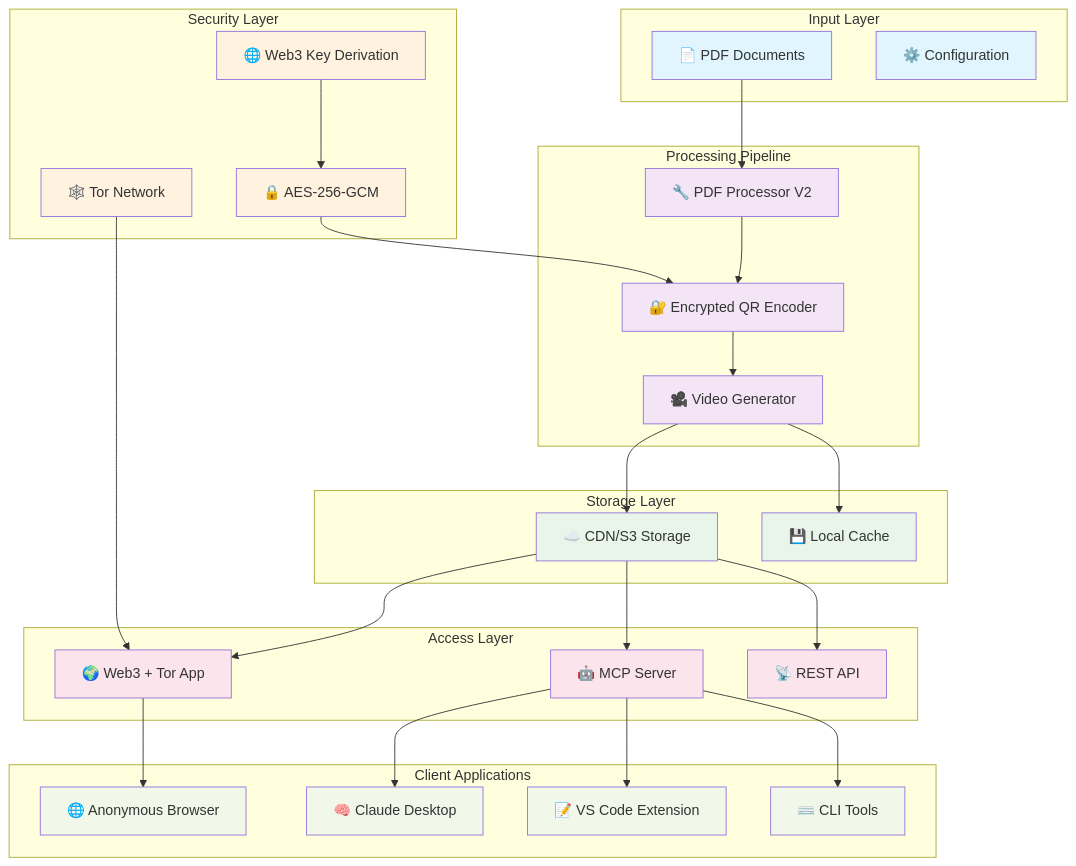
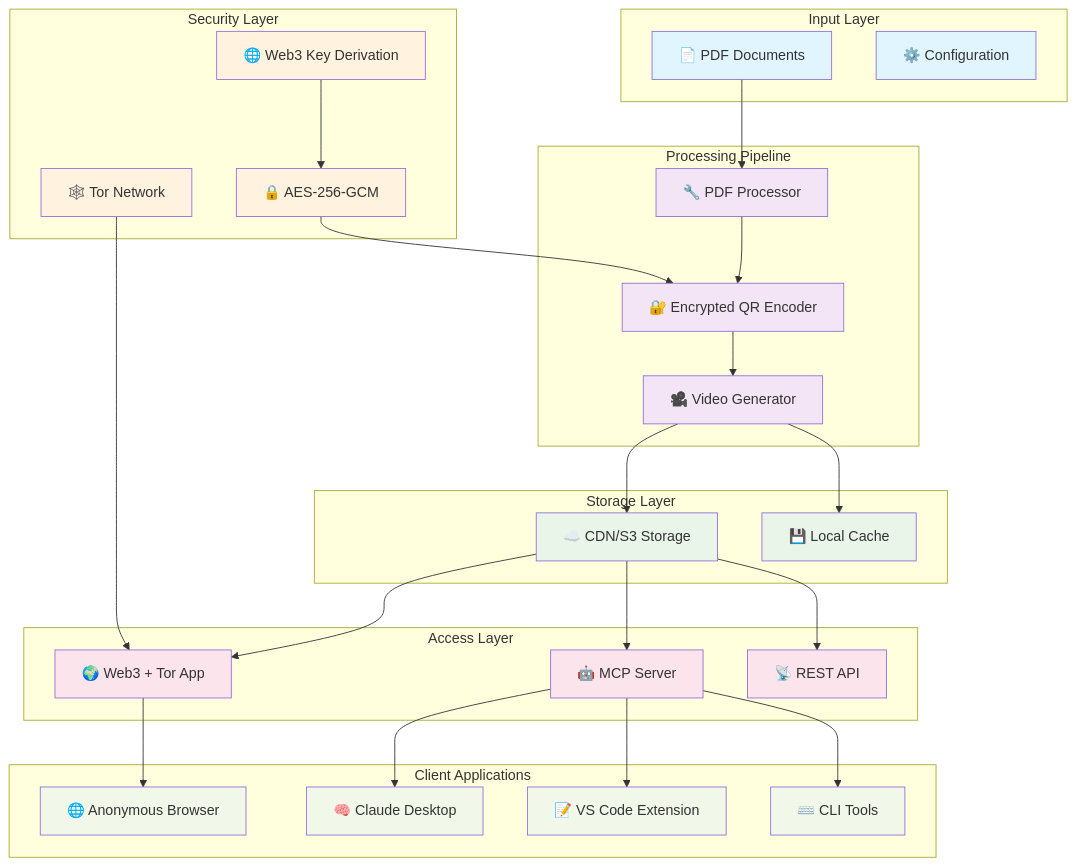
The first of 4 diagrams in README.md (entira/elibrary), drawn with Mermaid before and after one commit. The commit also changed other lines of this file and 3 other files, not shown here.

````diff
--- a/README.md
+++ b/README.md
@@ -15,77 +14,77 @@
 ```mermaid
 graph TB
     subgraph "Input Layer"
         PDF[📄 PDF Documents]
         CONFIG[⚙️ Configuration]
     end
     
     subgraph "Processing Pipeline"
-        PROC[🔧 PDF Processor V2]
+        PROC[🔧 PDF Processor]
         ENC[🔐 Encrypted QR Encoder]
         VID[🎥 Video Generator]
     end
     
     subgraph "Storage Layer"
         CDN[☁️ CDN/S3 Storage]
         LOCAL[💾 Local Cache]
     end
     
     subgraph "Security Layer"
         WEB3[🌐 Web3 Key Derivation]
         TOR[🕸️ Tor Network]
         ENCRYPT[🔒 AES-256-GCM]
     end
     
     subgraph "Access Layer"
         WEBAPP[🌍 Web3 + Tor App]
         MCP[🤖 MCP Server]
         API[📡 REST API]
     end
     
     subgraph "Client Applications"
         CLAUDE[🧠 Claude Desktop]
         VSCODE[📝 VS Code Extension]
         CLI[⌨️ CLI Tools]
         BROWSER[🌐 Anonymous Browser]
     end
     
     %% Processing Flow
     PDF --> PROC
     PROC --> ENC
     ENC --> VID
     
     %% Storage Flow  
     VID --> CDN
     VID --> LOCAL
     
     %% Security Integration
     WEB3 --> ENCRYPT
     TOR --> WEBAPP
     ENCRYPT --> ENC
     
     %% Access Flow
     CDN --> WEBAPP
     CDN --> MCP
     CDN --> API
     
     %% Client Integration
     MCP --> CLAUDE
     MCP --> VSCODE
     MCP --> CLI
     WEBAPP --> BROWSER
     
     %% Styling
     classDef input fill:#e1f5fe
     classDef processing fill:#f3e5f5
     classDef storage fill:#e8f5e8
     classDef security fill:#fff3e0
     classDef access fill:#fce4ec
     classDef client fill:#f1f8e9
     
     class PDF,CONFIG input
     class PROC,ENC,VID processing
     class CDN,LOCAL storage
     class WEB3,TOR,ENCRYPT security
     class WEBAPP,MCP,API access
     class CLAUDE,VSCODE,CLI,BROWSER client
 ```
````
